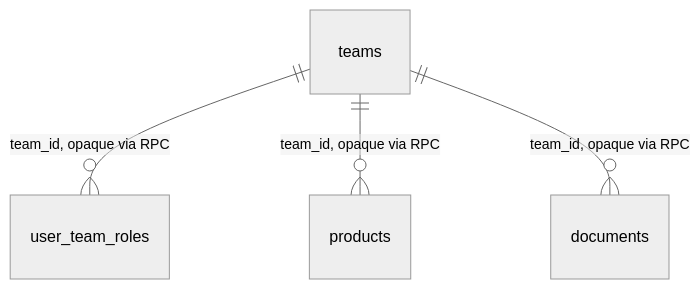
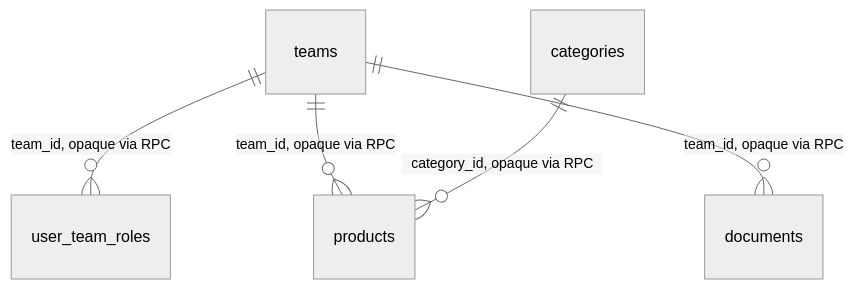
One commit to pdcgo/warehouse_revamp changed the seventh of 7 diagrams in docs/database-schema.md. Above: the diagram before and after it, drawn with Mermaid (neutral theme). The commit also changed other lines of this file and 25 other files, not shown here.

````diff
--- a/docs/database-schema.md
+++ b/docs/database-schema.md
@@ -212,6 +236,7 @@
 ```mermaid
 erDiagram
     teams ||--o{ user_team_roles : "team_id, opaque via RPC"
     teams ||--o{ products : "team_id, opaque via RPC"
     teams ||--o{ documents : "team_id, opaque via RPC"
+    categories ||--o{ products : "category_id, opaque via RPC"
 ```
````
